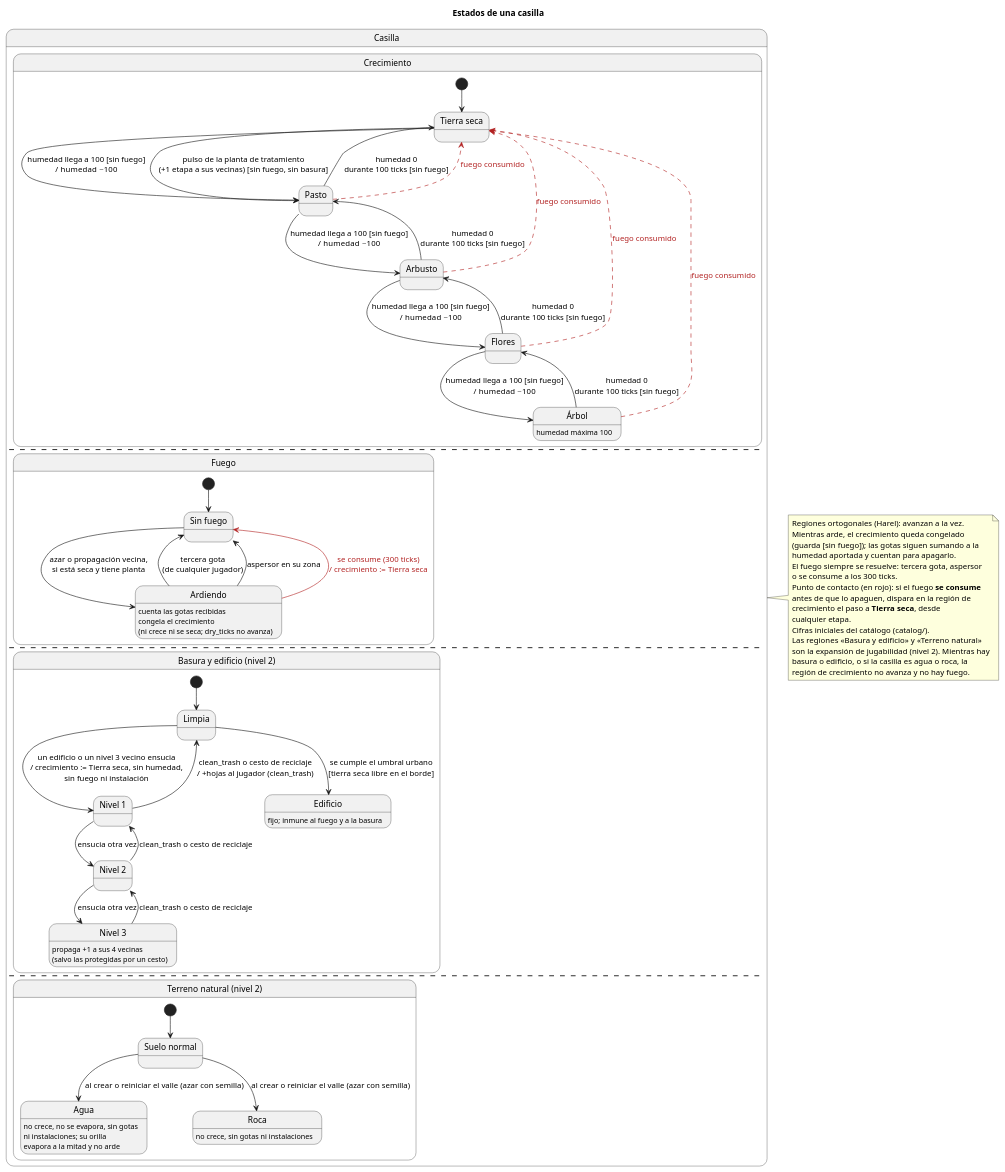
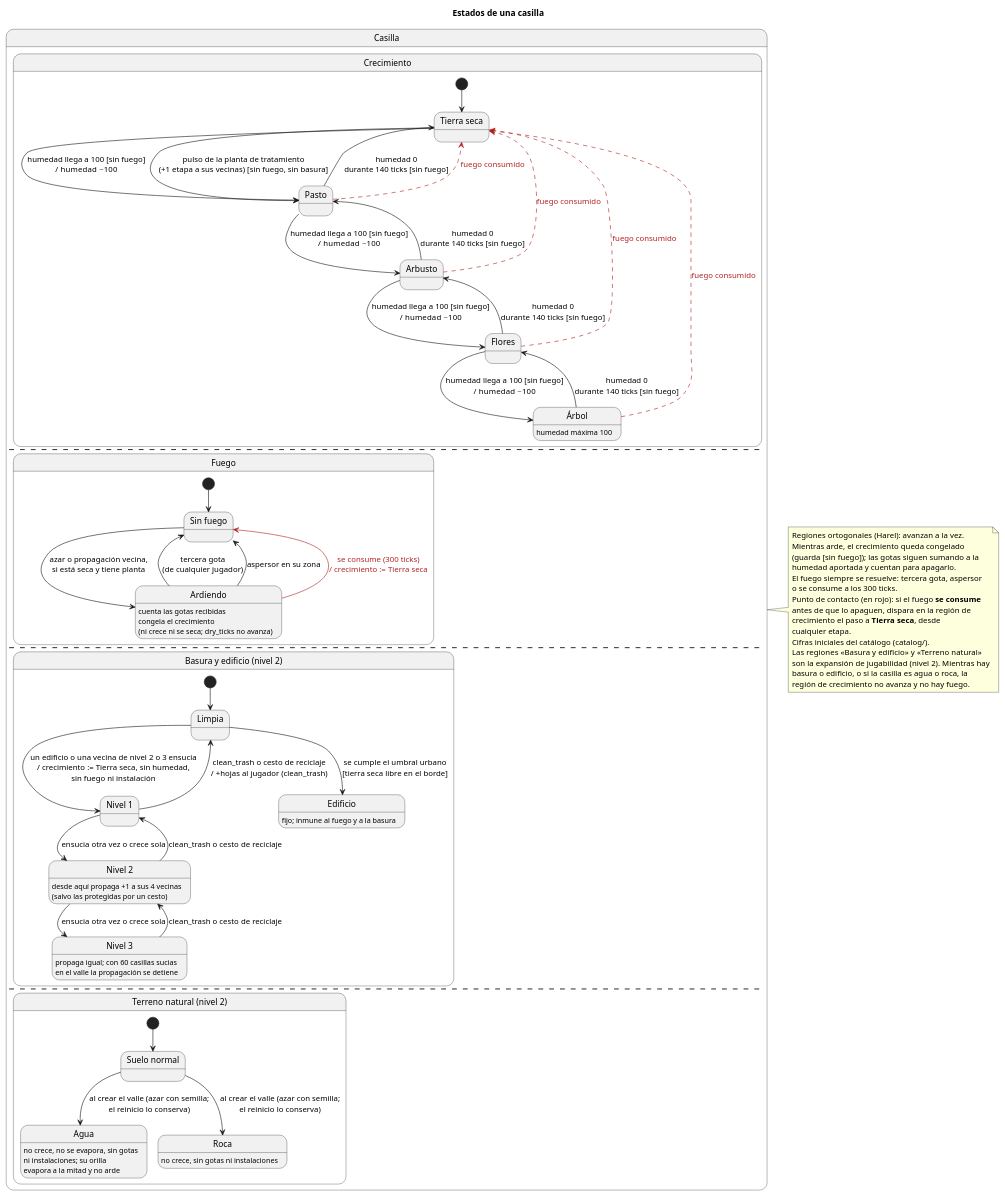
The diagram in docs/diagrams/05-estados-casilla.puml (iadev2005/hydrovalley), drawn with PlantUML before and after one commit. The commit also changed 7 other files, not shown here.

First line of the commit message:
docs: record the tuned figures and the trash and terrain rules in D-01, the READMEs and diagrams 05 and 06

```diff
--- a/docs/diagrams/05-estados-casilla.puml
+++ b/docs/diagrams/05-estados-casilla.puml
@@ -1,92 +1,93 @@
 @startuml 05-estados-casilla
 title Estados de una casilla
 
 state Casilla {
   state "Crecimiento" as Crecimiento {
     state "Tierra seca" as Seca
     state "Pasto" as Pasto
     state "Arbusto" as Arbusto
     state "Flores" as Flores
     state "Árbol" as Arbol
     Arbol : humedad máxima 100
 
     [*] --> Seca
     Seca --> Pasto : humedad llega a 100 [sin fuego]\n/ humedad −100
     Pasto --> Arbusto : humedad llega a 100 [sin fuego]\n/ humedad −100
     Arbusto --> Flores : humedad llega a 100 [sin fuego]\n/ humedad −100
     Flores --> Arbol : humedad llega a 100 [sin fuego]\n/ humedad −100
-    Arbol --> Flores : humedad 0\ndurante 100 ticks [sin fuego]
-    Flores --> Arbusto : humedad 0\ndurante 100 ticks [sin fuego]
-    Arbusto --> Pasto : humedad 0\ndurante 100 ticks [sin fuego]
-    Pasto --> Seca : humedad 0\ndurante 100 ticks [sin fuego]
+    Arbol --> Flores : humedad 0\ndurante 140 ticks [sin fuego]
+    Flores --> Arbusto : humedad 0\ndurante 140 ticks [sin fuego]
+    Arbusto --> Pasto : humedad 0\ndurante 140 ticks [sin fuego]
+    Pasto --> Seca : humedad 0\ndurante 140 ticks [sin fuego]
     Seca --> Pasto : pulso de la planta de tratamiento\n(+1 etapa a sus vecinas) [sin fuego, sin basura]
     Pasto -[#B22222,dashed]-> Seca : <color:#B22222>fuego consumido</color>
     Arbusto -[#B22222,dashed]-> Seca : <color:#B22222>fuego consumido</color>
     Flores -[#B22222,dashed]-> Seca : <color:#B22222>fuego consumido</color>
     Arbol -[#B22222,dashed]-> Seca : <color:#B22222>fuego consumido</color>
   }
   --
   state "Fuego" as Fuego {
     state "Sin fuego" as SinFuego
     state "Ardiendo" as Ardiendo
     Ardiendo : cuenta las gotas recibidas
     Ardiendo : congela el crecimiento\n(ni crece ni se seca; dry_ticks no avanza)
 
     [*] --> SinFuego
     SinFuego --> Ardiendo : azar o propagación vecina,\nsi está seca y tiene planta
     Ardiendo --> SinFuego : tercera gota\n(de cualquier jugador)
     Ardiendo --> SinFuego : aspersor en su zona
     Ardiendo -[#B22222]-> SinFuego : <color:#B22222>se consume (300 ticks)</color>\n<color:#B22222>/ crecimiento := Tierra seca</color>
   }
   --
   state "Basura y edificio (nivel 2)" as Urbano {
     state "Limpia" as Limpia
     state "Nivel 1" as T1
     state "Nivel 2" as T2
     state "Nivel 3" as T3
     state "Edificio" as Edificio
     Edificio : fijo; inmune al fuego y a la basura
-    T3 : propaga +1 a sus 4 vecinas\n(salvo las protegidas por un cesto)
+    T2 : desde aquí propaga +1 a sus 4 vecinas\n(salvo las protegidas por un cesto)
+    T3 : propaga igual; con 60 casillas sucias\nen el valle la propagación se detiene
 
     [*] --> Limpia
     Limpia --> Edificio : se cumple el umbral urbano\n[tierra seca libre en el borde]
-    Limpia --> T1 : un edificio o un nivel 3 vecino ensucia\n/ crecimiento := Tierra seca, sin humedad,\nsin fuego ni instalación
-    T1 --> T2 : ensucia otra vez
-    T2 --> T3 : ensucia otra vez
+    Limpia --> T1 : un edificio o una vecina de nivel 2 o 3 ensucia\n/ crecimiento := Tierra seca, sin humedad,\nsin fuego ni instalación
+    T1 --> T2 : ensucia otra vez o crece sola
+    T2 --> T3 : ensucia otra vez o crece sola
     T3 --> T2 : clean_trash o cesto de reciclaje
     T2 --> T1 : clean_trash o cesto de reciclaje
     T1 --> Limpia : clean_trash o cesto de reciclaje\n/ +hojas al jugador (clean_trash)
   }
   --
   state "Terreno natural (nivel 2)" as Natural {
     state "Suelo normal" as Normal
     state "Agua" as Agua
     state "Roca" as Roca
     Agua : no crece, no se evapora, sin gotas\nni instalaciones; su orilla\nevapora a la mitad y no arde
     Roca : no crece, sin gotas ni instalaciones
 
     [*] --> Normal
-    Normal --> Agua : al crear o reiniciar el valle (azar con semilla)
-    Normal --> Roca : al crear o reiniciar el valle (azar con semilla)
+    Normal --> Agua : al crear el valle (azar con semilla;\nel reinicio lo conserva)
+    Normal --> Roca : al crear el valle (azar con semilla;\nel reinicio lo conserva)
   }
 }
 
 note right of Casilla
   Regiones ortogonales (Harel): avanzan a la vez.
   Mientras arde, el crecimiento queda congelado
   (guarda [sin fuego]); las gotas siguen sumando a la
   humedad aportada y cuentan para apagarlo.
   El fuego siempre se resuelve: tercera gota, aspersor
   o se consume a los 300 ticks.
   Punto de contacto (en rojo): si el fuego <b>se consume</b>
   antes de que lo apaguen, dispara en la región de
   crecimiento el paso a <b>Tierra seca</b>, desde
   cualquier etapa.
   Cifras iniciales del catálogo (catalog/).
   Las regiones «Basura y edificio» y «Terreno natural»
   son la expansión de jugabilidad (nivel 2). Mientras hay
   basura o edificio, o si la casilla es agua o roca, la
   región de crecimiento no avanza y no hay fuego.
 end note
 
 @enduml
```
